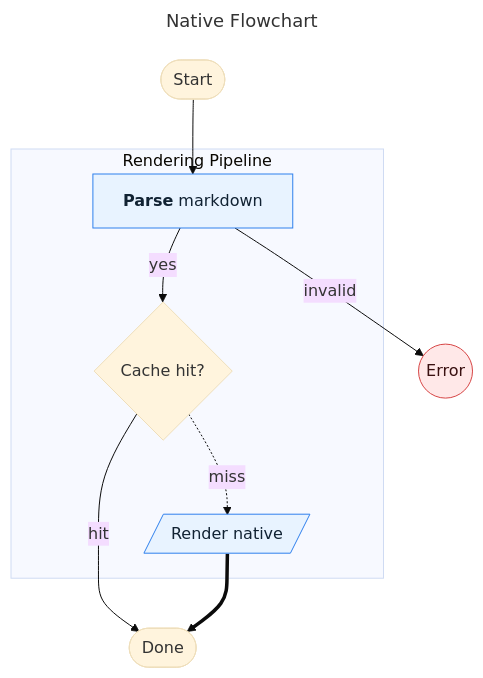
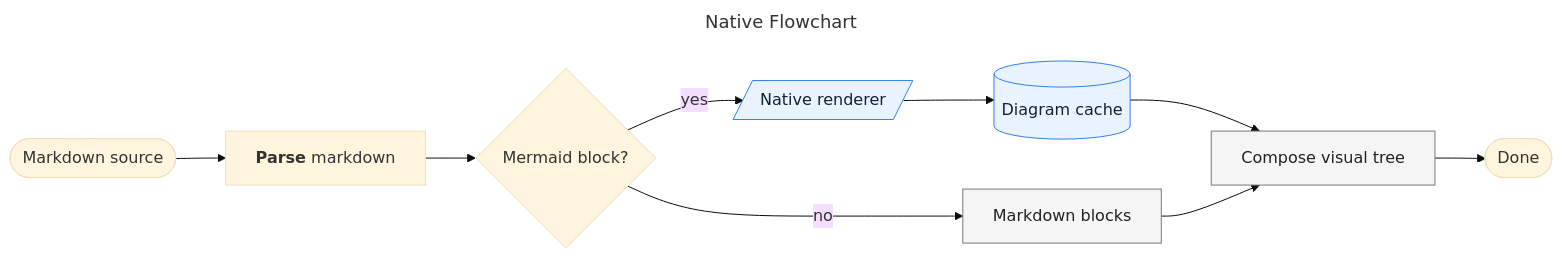
One commit to AtmoOmen/LiveMarkdown.Avalonia changed the first of 12 diagrams in src/LiveMarkdown.Avalonia.Demo/LiveMarkdown.Avalonia.Demo/samples/Mermaid.md. Above: the diagram before and after it, drawn with Mermaid. The commit also changed 6 other files, not shown here.

Commit message:
perf(mermaid): optimize render performance

````diff
--- a/src/LiveMarkdown.Avalonia.Demo/LiveMarkdown.Avalonia.Demo/samples/Mermaid.md
+++ b/src/LiveMarkdown.Avalonia.Demo/LiveMarkdown.Avalonia.Demo/samples/Mermaid.md
@@ -7,34 +7,28 @@
 ```mermaid
 ---
 title: Native Flowchart
 ---
 %%{init: {"theme": "base", "title": "Flowchart Init Title"}}%%
-flowchart TD
+flowchart LR
     accTitle: Flowchart sample
     accDescr: A small flowchart with node shapes, edge labels, styles, and markdown labels.
 
-    Start([Start])
+    Source([Markdown source])
     Parse["`**Parse** markdown`"]
-    Cache{Cache hit?}
-    Render[/Render native/]
-    Error((Error))
+    Detect{Mermaid block?}
+    Native[/Native renderer/]
+    Markdown[Markdown blocks]
+    Cache[(Diagram cache)]
+    Compose[Compose visual tree]
     Done([Done])
 
-    Start --> Parse
-    Parse -->|yes| Cache
-    Cache -->|hit| Done
-    Cache -.->|miss| Render
-    Render ==> Done
-    Parse -->|invalid| Error
-
-    subgraph Pipeline [Rendering Pipeline]
-        Parse
-        Cache
-        Render
-    end
+    Source --> Parse --> Detect
+    Detect -->|yes| Native --> Cache --> Compose
+    Detect -->|no| Markdown --> Compose
+    Compose --> Done
 
     classDef accent fill:#e8f3ff,stroke:#2f80ed,color:#123;
-    classDef danger fill:#ffe8e8,stroke:#d64545,color:#3a1111;
-    class Parse,Render accent
-    class Error danger
+    classDef neutral fill:#f5f5f5,stroke:#777,color:#222;
+    class Native,Cache accent
+    class Markdown,Compose neutral
 ```
````
